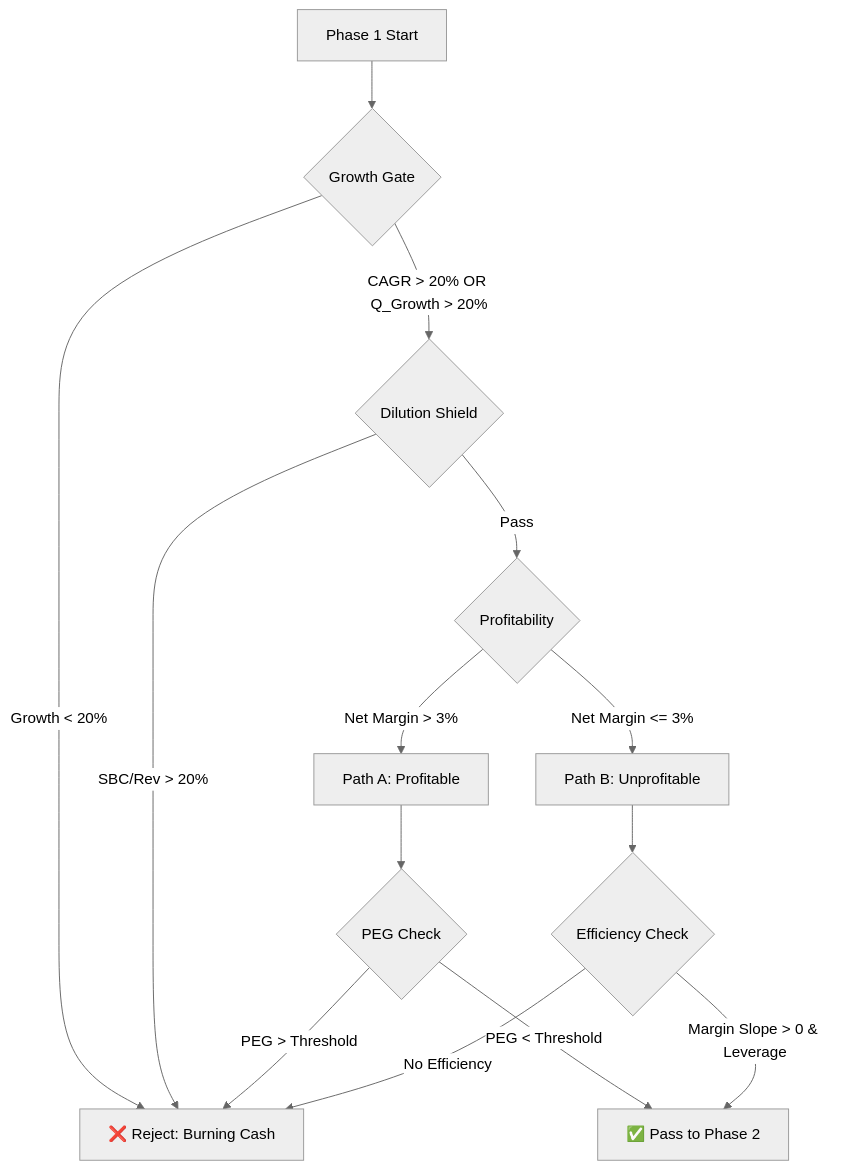
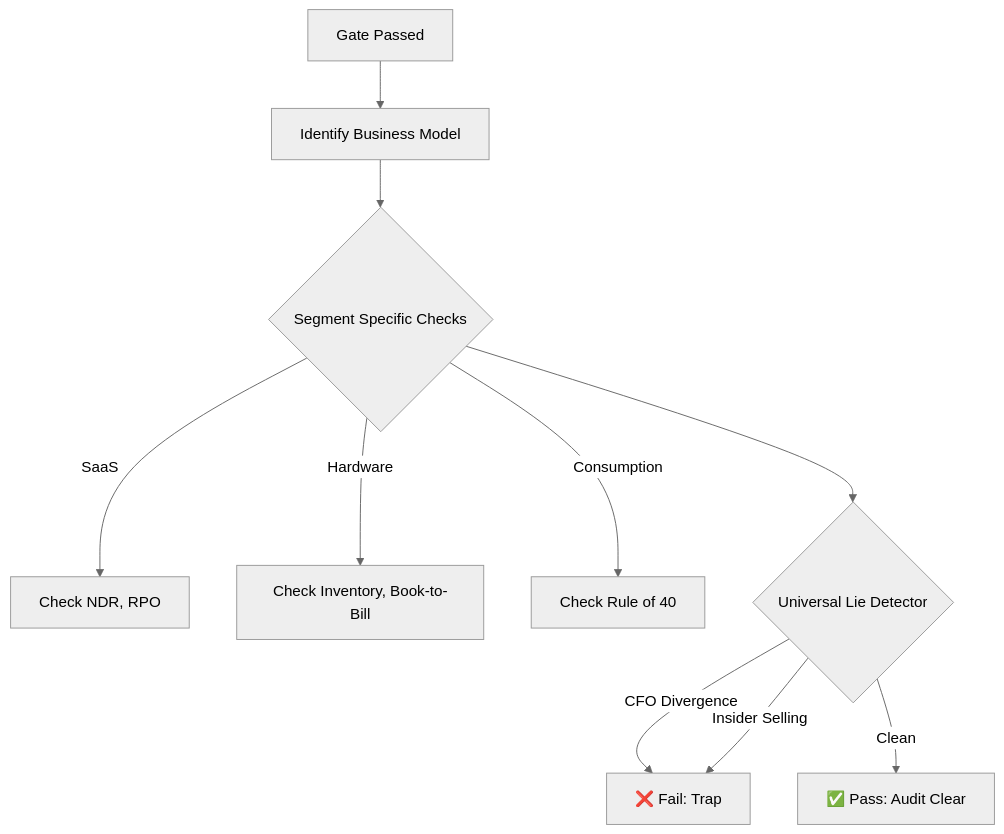
One commit to WayneJinOSU/growth_ai changed the third of 5 diagrams in README.md. Above: the diagram before and after it, drawn with Mermaid (neutral theme). The commit also changed other lines of this file and 9 other files, not shown here.

````diff
--- a/README.md
+++ b/README.md
@@ -89,21 +67,14 @@
 ```mermaid
 graph TD
-    Start[Phase 1 Start] --> CheckGrowth{Growth Gate}
+    Input[Gate Passed] --> Identify[Identify Business Model]
+    Identify --> Metrics{Segment Specific Checks}
     
-    CheckGrowth -- "CAGR > 20% OR Q_Growth > 20%" --> CheckDilution{Dilution Shield}
-    CheckGrowth -- "Growth < 20%" --> Reject[❌ Reject: Low Growth]
+    Metrics -- "SaaS" --> SaaS[Check NDR, RPO]
+    Metrics -- "Hardware" --> Hard[Check Inventory, Book-to-Bill]
+    Metrics -- "Consumption" --> Cons[Check Rule of 40]
     
-    CheckDilution -- "SBC/Rev > 20%" --> Reject[❌ Reject: Excessive SBC]
-    CheckDilution -- "Pass" --> CheckProfit{Profitability}
-    
-    CheckProfit -- "Net Margin > 3%" --> PathA[Path A: Profitable]
-    CheckProfit -- "Net Margin <= 3%" --> PathB[Path B: Unprofitable]
-    
-    PathA --> CheckPEG{PEG Check}
-    CheckPEG -- "PEG < Threshold" --> Pass[✅ Pass to Phase 2]
-    CheckPEG -- "PEG > Threshold" --> Reject[❌ Reject: Overvalued]
-    
-    PathB --> CheckEfficiency{Efficiency Check}
-    CheckEfficiency -- "Margin Slope > 0 & Leverage" --> Pass
-    CheckEfficiency -- "No Efficiency" --> Reject[❌ Reject: Burning Cash]
+    Metrics --> Universal{Universal Lie Detector}
+    Universal -- "CFO Divergence" --> Fail[❌ Fail: Trap]
+    Universal -- "Insider Selling" --> Fail
+    Universal -- "Clean" --> Pass[✅ Pass: Audit Clear]
 ```
````
